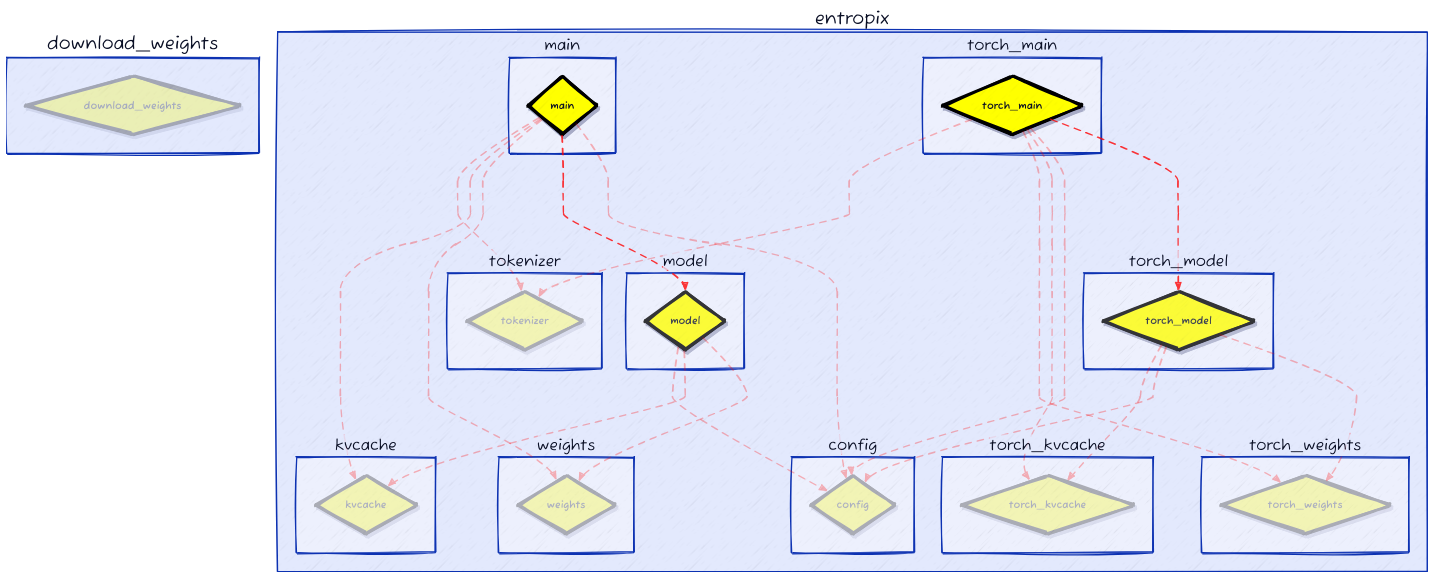
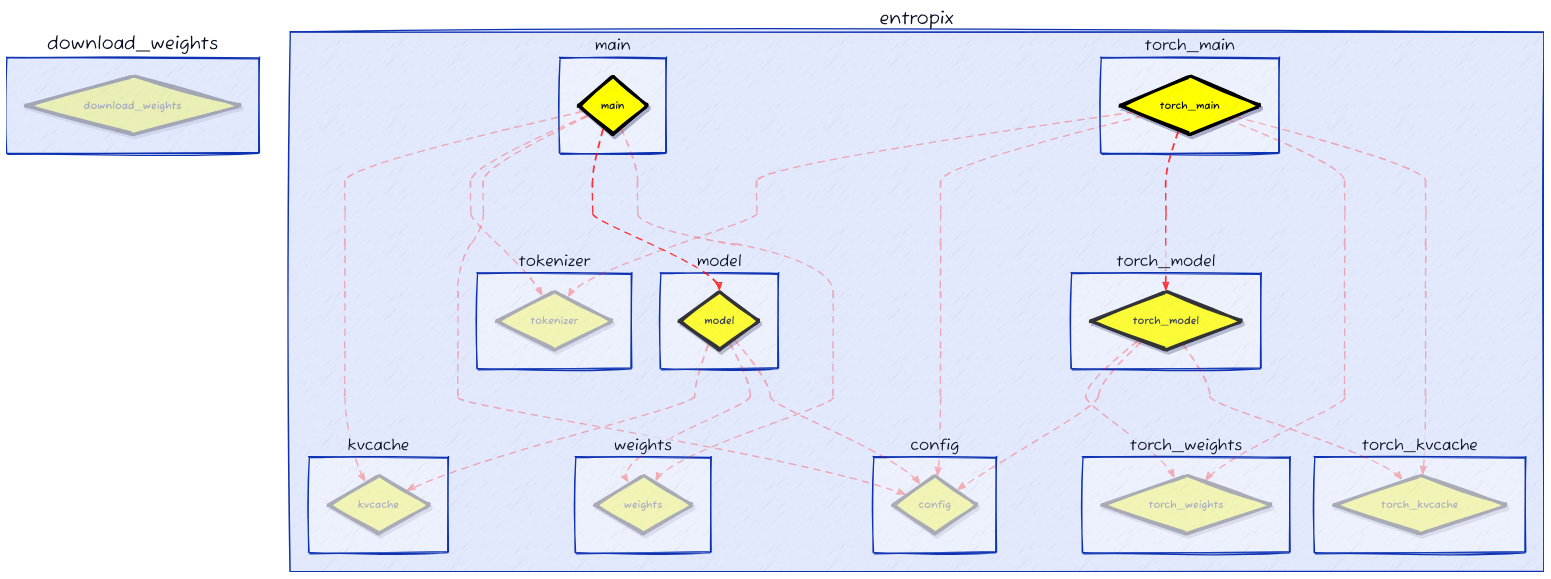
Before and after one commit to fangyuan-ksgk/heuristic-search: the diagram in eoh/d2_output/commit_4_progress_0.33.d2, drawn with D2. The commit also changed other lines of this file and 204 other files, not shown here.

```diff
--- a/eoh/d2_output/commit_4_progress_0.33.d2
+++ b/eoh/d2_output/commit_4_progress_0.33.d2
@@ -145,20 +145,6 @@
     shadow: true
   }
 }
-entropix.main.main -> entropix.tokenizer.tokenizer: {
-  style.stroke: red
-  style.opacity: 0.28
-  style.stroke-width: 2
-  style.stroke-dash: 5
-  style.animated: true
-}
-entropix.main.main -> entropix.kvcache.kvcache: {
-  style.stroke: red
-  style.opacity: 0.28
-  style.stroke-width: 2
-  style.stroke-dash: 5
-  style.animated: true
-}
 entropix.main.main -> entropix.weights.weights: {
   style.stroke: red
   style.opacity: 0.28
@@ -180,7 +166,28 @@
   style.stroke-dash: 5
   style.animated: true
 }
+entropix.main.main -> entropix.tokenizer.tokenizer: {
+  style.stroke: red
+  style.opacity: 0.28
+  style.stroke-width: 2
+  style.stroke-dash: 5
+  style.animated: true
+}
+entropix.main.main -> entropix.kvcache.kvcache: {
+  style.stroke: red
+  style.opacity: 0.28
+  style.stroke-width: 2
+  style.stroke-dash: 5
+  style.animated: true
+}
 entropix.model.model -> entropix.config.config: {
+  style.stroke: red
+  style.opacity: 0.28
+  style.stroke-width: 2
+  style.stroke-dash: 5
+  style.animated: true
+}
+entropix.model.model -> entropix.weights.weights: {
   style.stroke: red
   style.opacity: 0.28
   style.stroke-width: 2
@@ -194,14 +201,7 @@
   style.stroke-dash: 5
   style.animated: true
 }
-entropix.model.model -> entropix.weights.weights: {
-  style.stroke: red
-  style.opacity: 0.28
-  style.stroke-width: 2
-  style.stroke-dash: 5
-  style.animated: true
-}
-entropix.torch_main.torch_main -> entropix.tokenizer.tokenizer: {
+entropix.torch_main.torch_main -> entropix.torch_kvcache.torch_kvcache: {
   style.stroke: red
   style.opacity: 0.28
   style.stroke-width: 2
@@ -215,9 +215,9 @@
   style.stroke-dash: 5
   style.animated: true
 }
-entropix.torch_main.torch_main -> entropix.torch_kvcache.torch_kvcache: {
+entropix.torch_main.torch_main -> entropix.torch_model.torch_model: {
   style.stroke: red
-  style.opacity: 0.28
+  style.opacity: 0.78
   style.stroke-width: 2
   style.stroke-dash: 5
   style.animated: true
@@ -229,9 +229,9 @@
   style.stroke-dash: 5
   style.animated: true
 }
-entropix.torch_main.torch_main -> entropix.torch_model.torch_model: {
+entropix.torch_main.torch_main -> entropix.tokenizer.tokenizer: {
   style.stroke: red
-  style.opacity: 0.78
+  style.opacity: 0.28
   style.stroke-width: 2
   style.stroke-dash: 5
   style.animated: true
```
